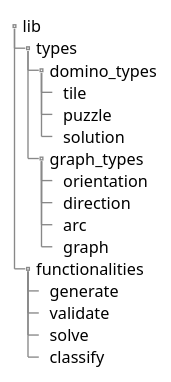
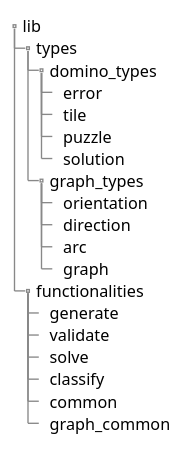
The diagram in plant_uml/lib_structure.puml (DominoOrg/domino-core), drawn with PlantUML before and after one commit.

Commit message:
Updated docs accordingly

```diff
--- a/plant_uml/lib_structure.puml
+++ b/plant_uml/lib_structure.puml
@@ -1,22 +1,25 @@
 @startsalt lib_structure
 {
     {T
         +lib
         ++types
         +++domino_types
+        ++++error
         ++++tile
         ++++puzzle
         ++++solution
         +++graph_types
         ++++orientation
         ++++direction
         ++++arc
         ++++graph
         ++functionalities
         +++generate
         +++validate
         +++solve
         +++classify
+        +++common
+        +++graph_common
     }
 }
 @endsalt
```
